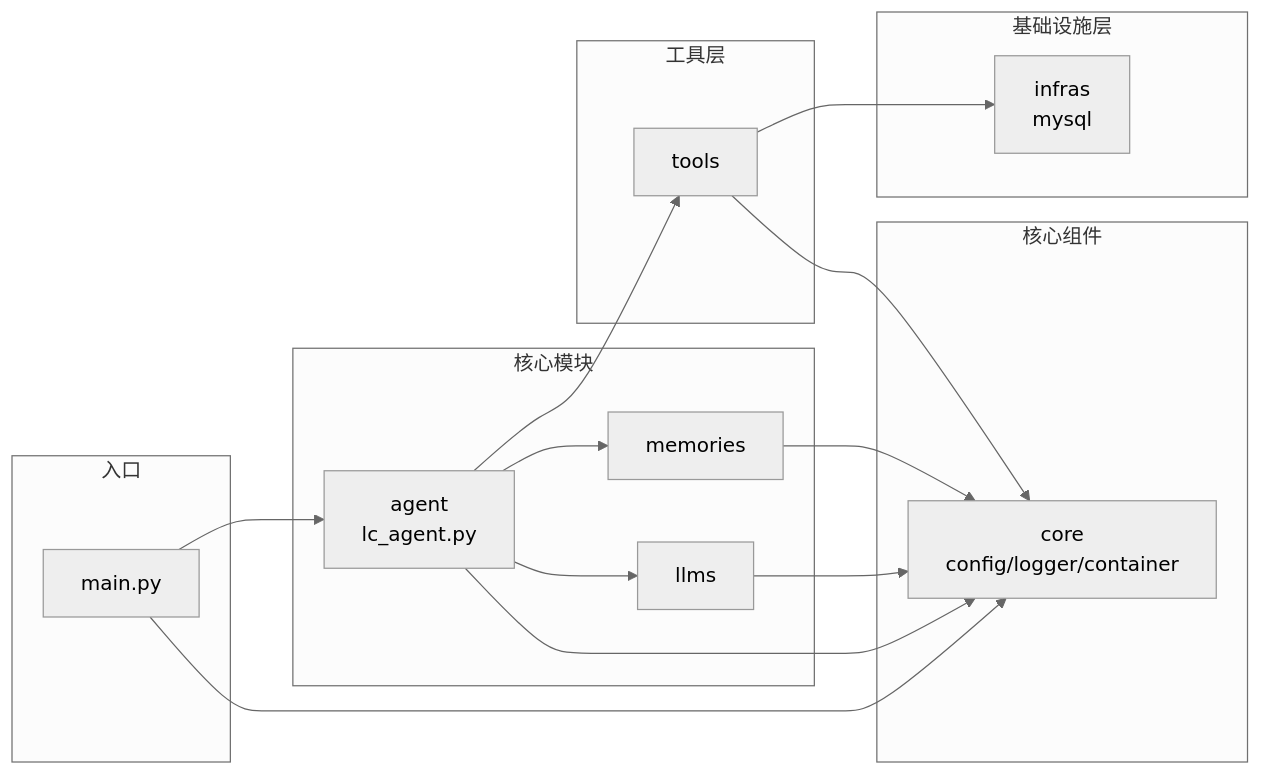
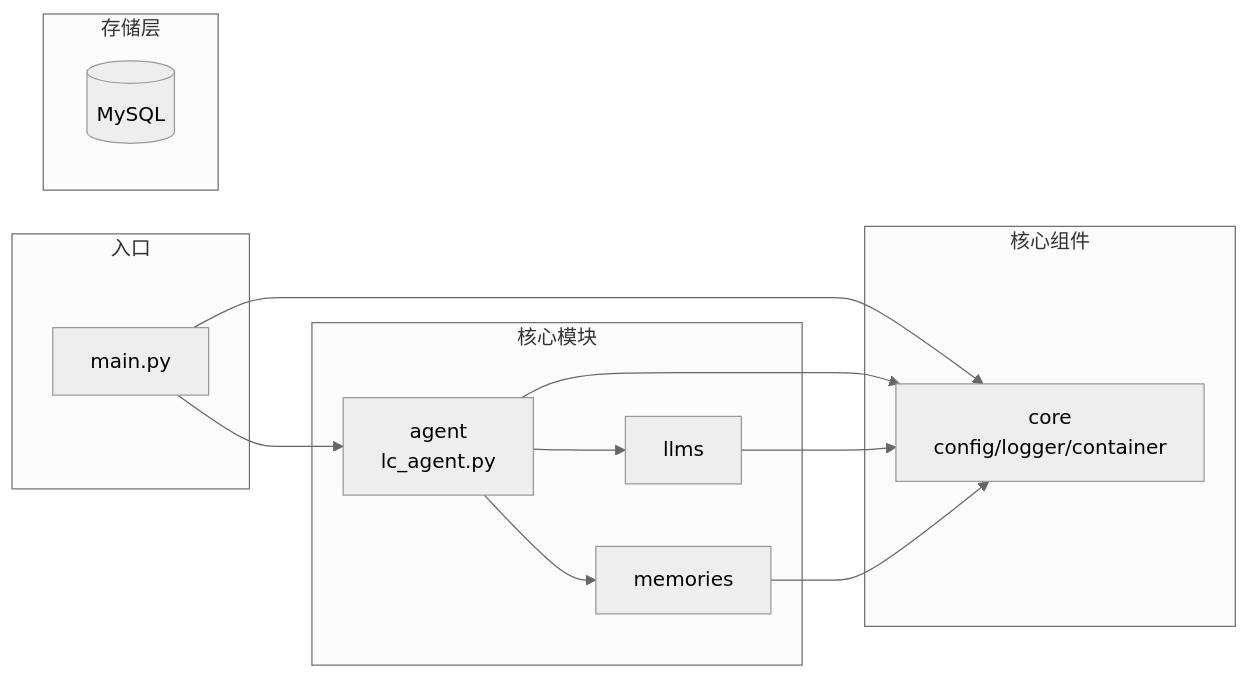
Before and after one commit to chain-engine/x-langchain: the third of 3 diagrams in README.md, drawn with Mermaid (neutral theme). The commit also changed other lines of this file and 3 other files, not shown here.

````diff
--- a/README.md
+++ b/README.md
@@ -285,35 +289,28 @@
 ```mermaid
 graph LR
     subgraph 入口
         M[main.py]
     end
 
     subgraph 核心组件
         CC[core<br/>config/logger/container]
     end
 
     subgraph 核心模块
         AG[agent<br/>lc_agent.py]
         LL[llms]
         MM[memories]
     end
 
-    subgraph 工具层
-        TT[tools]
-    end
-
-    subgraph 基础设施层
-        IN[infras<br/>mysql]
+    subgraph 存储层
+        DB[(MySQL)]
     end
 
     M --> AG
     M --> CC
     AG --> LL
     AG --> MM
-    AG --> TT
     AG --> CC
     LL --> CC
     MM --> CC
-    TT --> CC
-    TT --> IN
 ```
````
